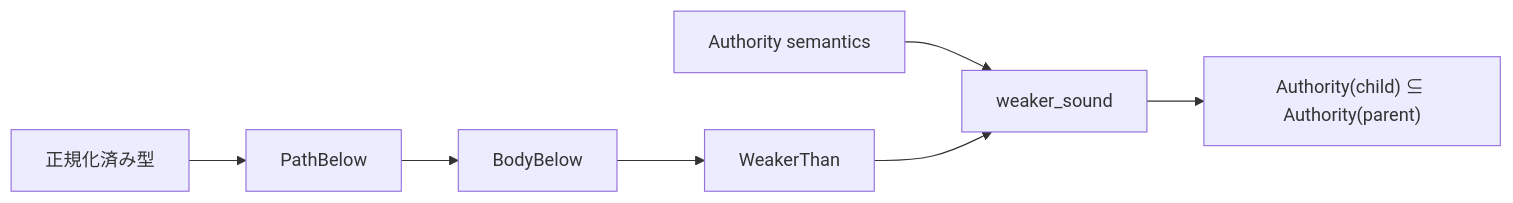
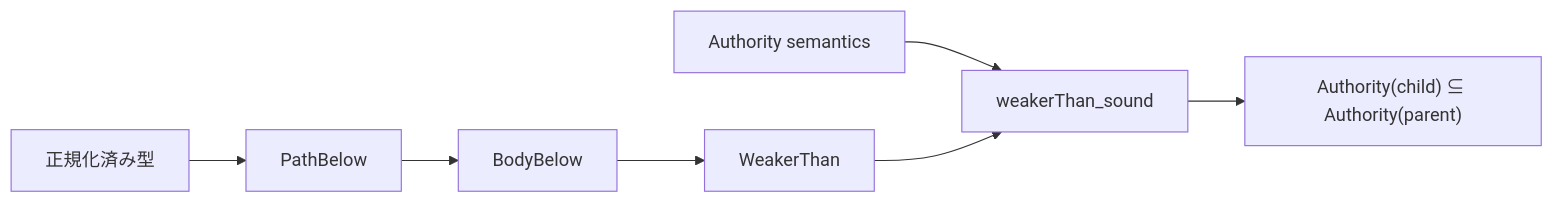
One commit to Aqua-218/SecCamp-AIAgent changed the second of 3 diagrams in docs/design/verification.md. Above: the diagram before and after it, drawn with Mermaid. The commit also changed other lines of this file and 8 other files, not shown here.

````diff
--- a/docs/design/verification.md
+++ b/docs/design/verification.md
@@ -62,9 +62,9 @@
 ```mermaid
 flowchart LR
     parser["正規化済み型"] --> path["PathBelow"]
     path --> body["BodyBelow"]
     body --> weaker["WeakerThan"]
-    denotes["Authority semantics"] --> sound["weaker_sound"]
+    denotes["Authority semantics"] --> sound["weakerThan_sound"]
     weaker --> sound
     sound --> guarantee["Authority(child) ⊆ Authority(parent)"]
 ```
````
